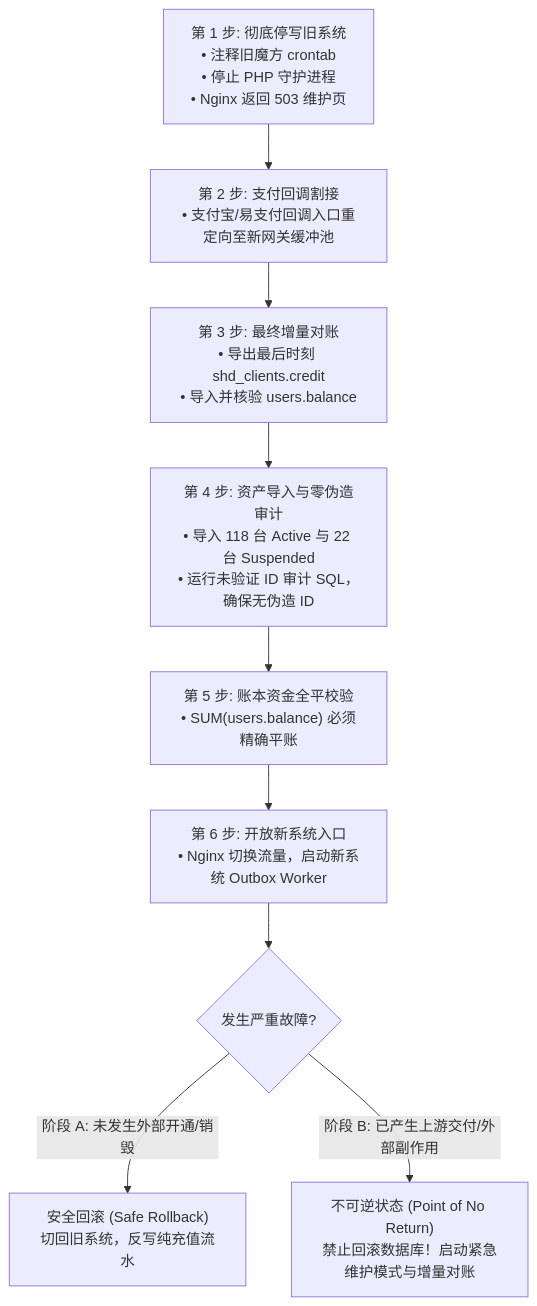
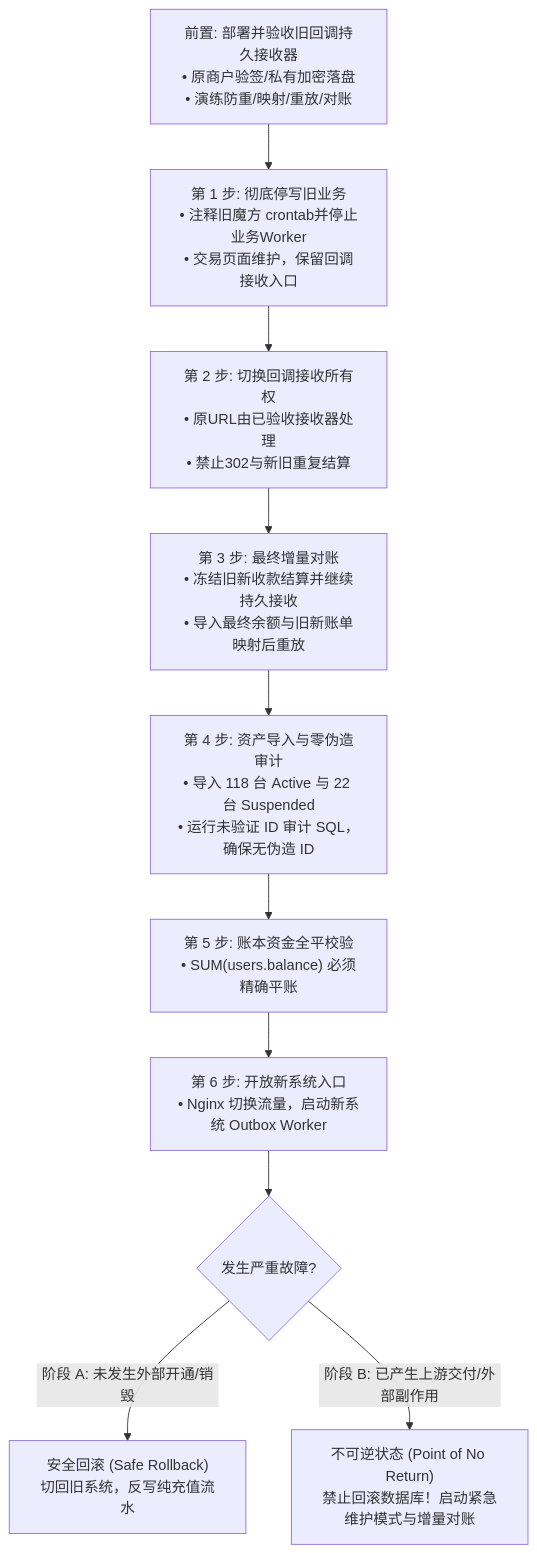
The diagram in docs/MIGRATION_RUNBOOK.md (QAQ000000/idc), drawn with Mermaid before and after one commit. The commit also changed other lines of this file and 30 other files, not shown here.

First line of the commit message:
fix(architecture): enforce plugin isolation and reconcile domain contracts

````diff
--- a/docs/MIGRATION_RUNBOOK.md
+++ b/docs/MIGRATION_RUNBOOK.md
@@ -183,11 +233,12 @@
 ```mermaid
 flowchart TD
-    S1["第 1 步: 彻底停写旧系统<br/>• 注释旧魔方 crontab<br/>• 停止 PHP 守护进程<br/>• Nginx 返回 503 维护页"] --> S2
-    S2["第 2 步: 支付回调割接<br/>• 支付宝/易支付回调入口重定向至新网关缓冲池"] --> S3
-    S3["第 3 步: 最终增量对账<br/>• 导出最后时刻 shd_clients.credit<br/>• 导入并核验 users.balance"] --> S4
+    S0["前置: 部署并验收旧回调持久接收器<br/>• 原商户验签/私有加密落盘<br/>• 演练防重/映射/重放/对账"] --> S1
+    S1["第 1 步: 彻底停写旧业务<br/>• 注释旧魔方 crontab并停止业务Worker<br/>• 交易页面维护，保留回调接收入口"] --> S2
+    S2["第 2 步: 切换回调接收所有权<br/>• 原URL由已验收接收器处理<br/>• 禁止302与新旧重复结算"] --> S3
+    S3["第 3 步: 最终增量对账<br/>• 冻结旧新收款结算并继续持久接收<br/>• 导入最终余额与旧新账单映射后重放"] --> S4
     S4["第 4 步: 资产导入与零伪造审计<br/>• 导入 118 台 Active 与 22 台 Suspended<br/>• 运行未验证 ID 审计 SQL，确保无伪造 ID"] --> S5
     S5["第 5 步: 账本资金全平校验<br/>• SUM(users.balance) 必须精确平账"] --> S6
     S6["第 6 步: 开放新系统入口<br/>• Nginx 切换流量，启动新系统 Outbox Worker"] --> PONR{"发生严重故障?"}
     PONR -- "阶段 A: 未发生外部开通/销毁" --> SafeRollback["安全回滚 (Safe Rollback)<br/>切回旧系统，反写纯充值流水"]
     PONR -- "阶段 B: 已产生上游交付/外部副作用" --> Irreversible["不可逆状态 (Point of No Return)<br/>禁止回滚数据库！启动紧急维护模式与增量对账"]
 ```
````
